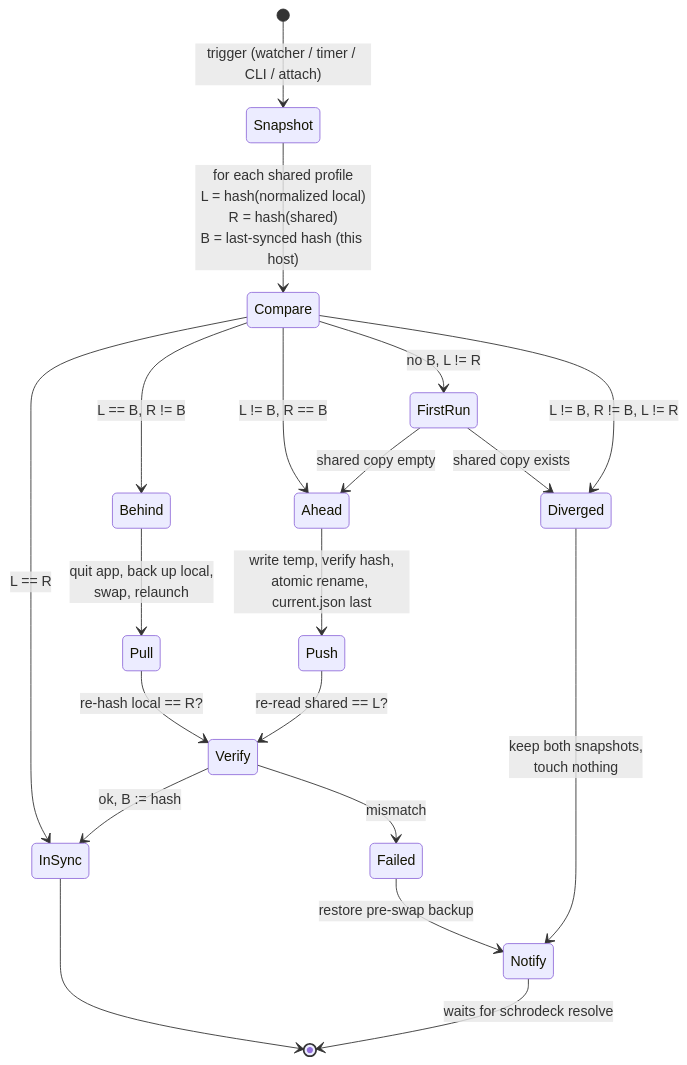
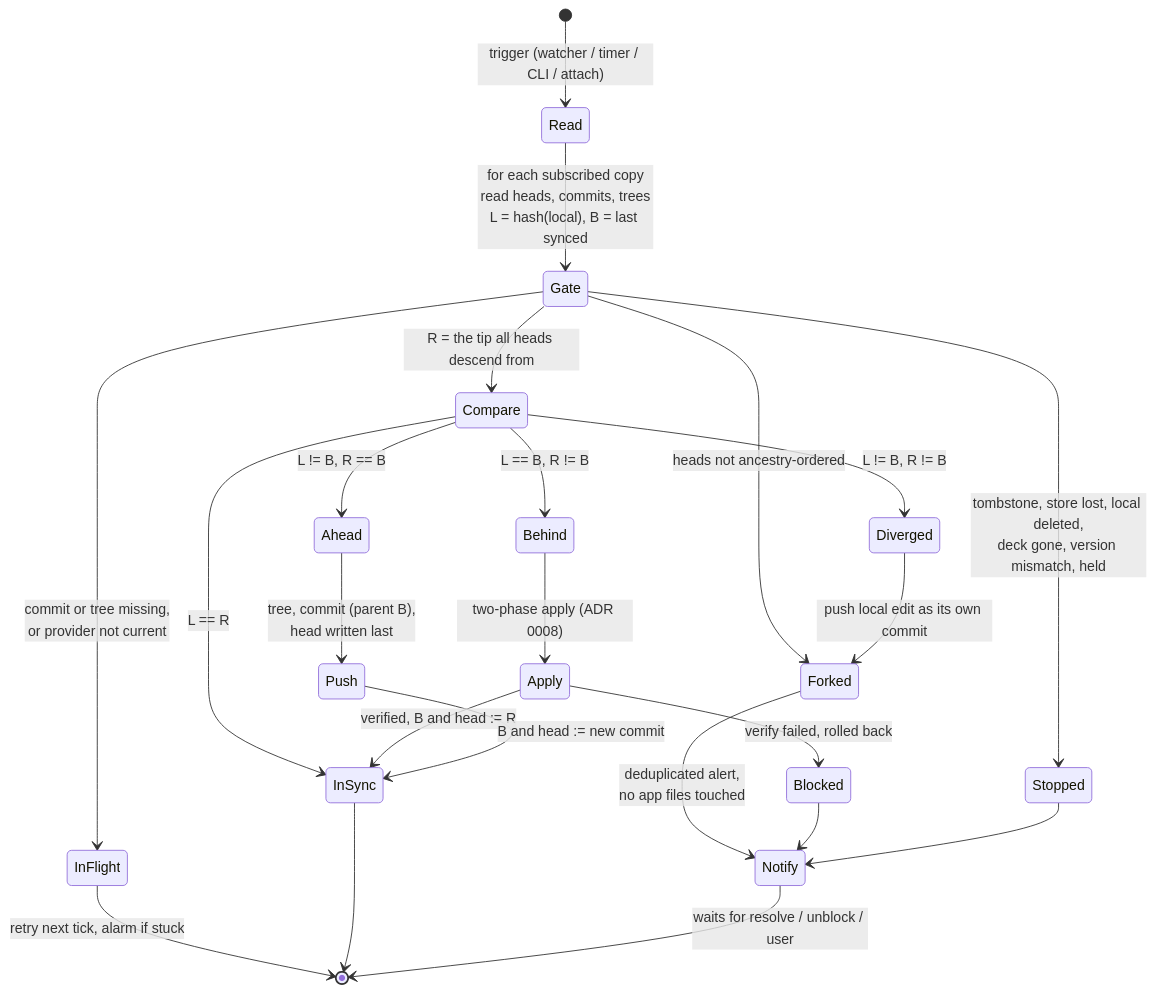
Before and after one commit to csmarshall/mac-streamdeck-sync: the diagram in docs/sync-states.mmd, drawn with Mermaid. The commit also changed 36 other files, not shown here.

Commit message:
docs: review round 1 fixes (F1-F24): per-host heads + immutable trees, post-quit recheck, BLOCKED + notification dedup, ADRs 0025-0028, contract D

```diff
--- a/docs/sync-states.mmd
+++ b/docs/sync-states.mmd
@@ -1,21 +1,24 @@
 stateDiagram-v2
     direction TB
-    [*] --> Snapshot: trigger (watcher / timer / CLI / attach)
-    Snapshot --> Compare: for each shared profile<br/>L = hash(normalized local)<br/>R = hash(shared)<br/>B = last-synced hash (this host)
+    [*] --> Read: trigger (watcher / timer / CLI / attach)
+    Read --> Gate: for each subscribed copy<br/>read heads, commits, trees<br/>L = hash(local), B = last synced
+    Gate --> Stopped: tombstone, store lost, local deleted,<br/>deck gone, version mismatch, held
+    Gate --> InFlight: commit or tree missing,<br/>or provider not current
+    Gate --> Forked: heads not ancestry-ordered
+    Gate --> Compare: R = the tip all heads descend from
     Compare --> InSync: L == R
     Compare --> Behind: L == B, R != B
     Compare --> Ahead: L != B, R == B
-    Compare --> FirstRun: no B, L != R
-    Compare --> Diverged: L != B, R != B, L != R
-    FirstRun --> Ahead: shared copy empty
-    FirstRun --> Diverged: shared copy exists
-    Behind --> Pull: quit app, back up local,<br/>swap, relaunch
-    Ahead --> Push: write temp, verify hash,<br/>atomic rename, current.json last
-    Pull --> Verify: re-hash local == R?
-    Push --> Verify: re-read shared == L?
-    Verify --> InSync: ok, B := hash
-    Verify --> Failed: mismatch
-    Failed --> Notify: restore pre-swap backup
-    Diverged --> Notify: keep both snapshots,<br/>touch nothing
+    Compare --> Diverged: L != B, R != B
+    Diverged --> Forked: push local edit as its own commit
+    Behind --> Apply: two-phase apply (ADR 0008)
+    Ahead --> Push: tree, commit (parent B),<br/>head written last
+    Apply --> Blocked: verify failed, rolled back
+    Apply --> InSync: verified, B and head := R
+    Push --> InSync: B and head := new commit
+    Forked --> Notify: deduplicated alert,<br/>no app files touched
+    Blocked --> Notify
+    Stopped --> Notify
+    InFlight --> [*]: retry next tick, alarm if stuck
     InSync --> [*]
-    Notify --> [*]: waits for schrodeck resolve
+    Notify --> [*]: waits for resolve / unblock / user
```
